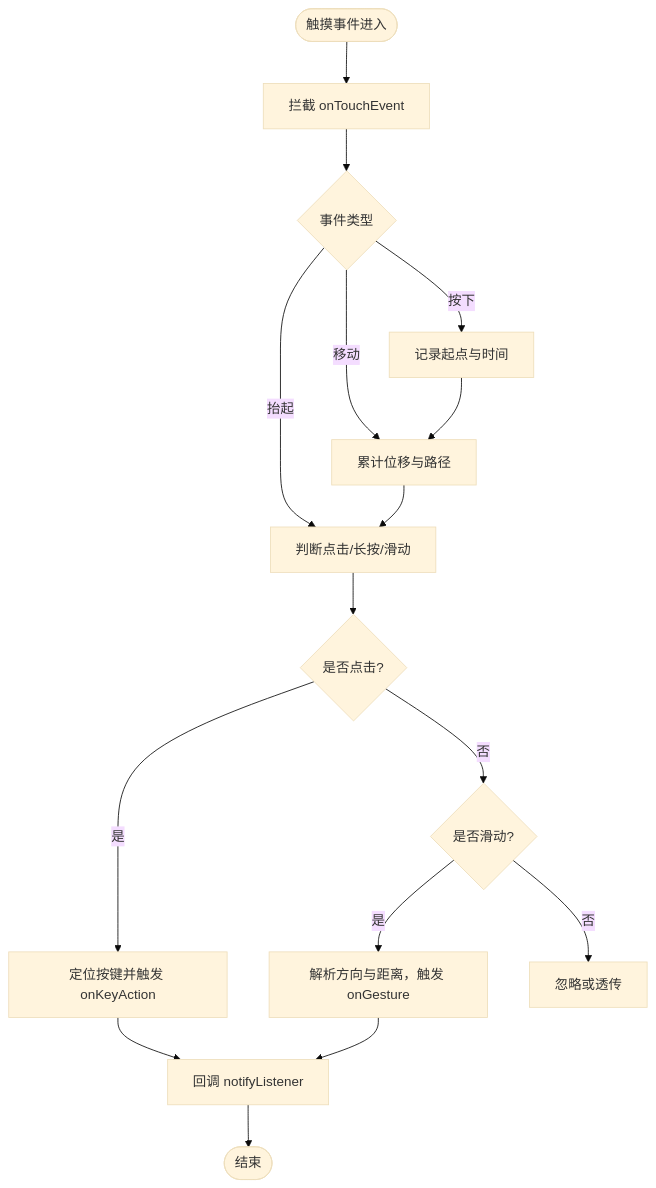
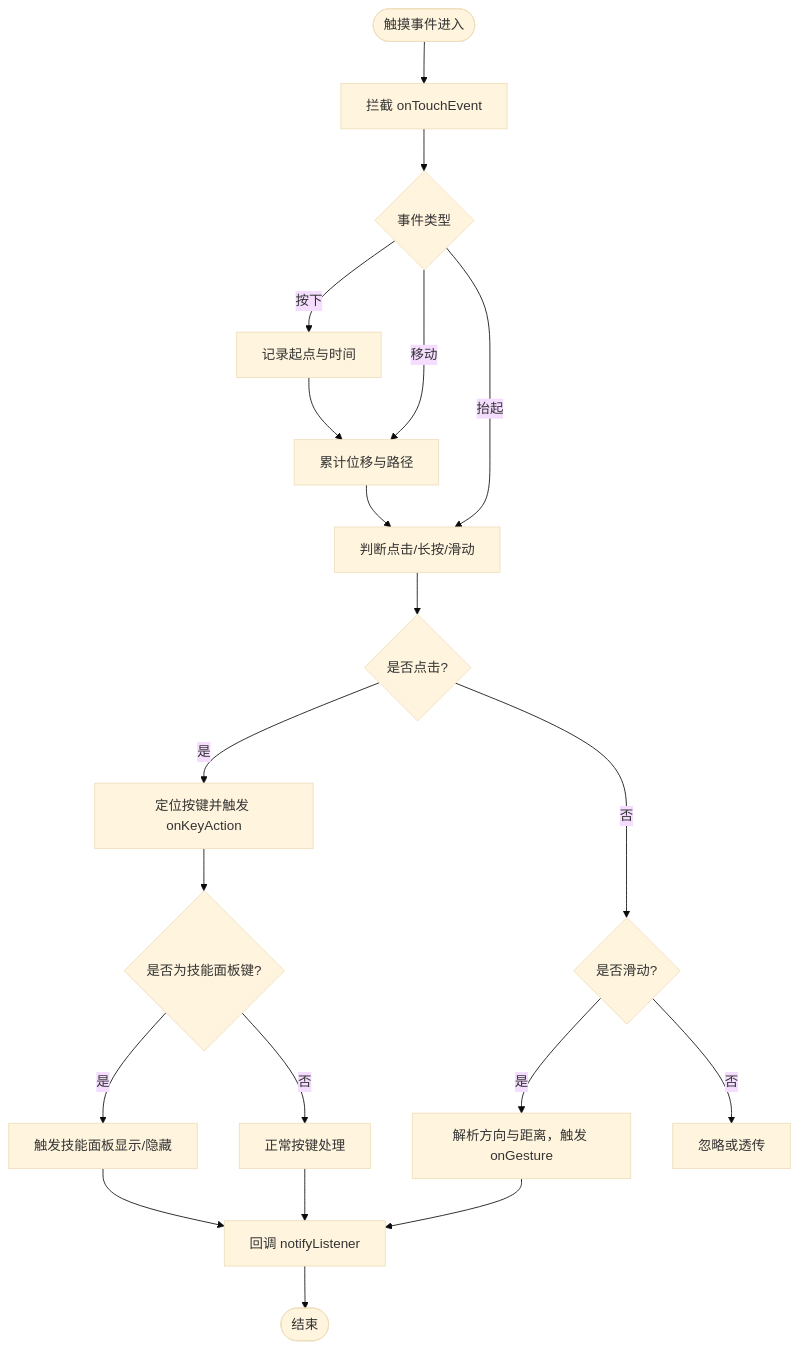
Before and after one commit to qiaodashaoye/ziyou-ime: the third of 10 diagrams in .qoder/repowiki/zh/content/键盘实现/键盘实现.md, drawn with Mermaid (base theme). The commit also changed other lines of this file and 28 other files, not shown here.

````diff
--- a/.qoder/repowiki/zh/content/键盘实现/键盘实现.md
+++ b/.qoder/repowiki/zh/content/键盘实现/键盘实现.md
@@ -184,18 +199,22 @@
 ```mermaid
 flowchart TD
 Start(["触摸事件进入"]) --> Intercept["拦截 onTouchEvent"]
 Intercept --> Type{"事件类型"}
 Type --> |按下| Down["记录起点与时间"]
 Type --> |移动| Move["累计位移与路径"]
 Type --> |抬起| Up["判断点击/长按/滑动"]
 Down --> Move
 Move --> Up
 Up --> Click{"是否点击?"}
 Click --> |是| HandleClick["定位按键并触发 onKeyAction"]
 Click --> |否| Swipe{"是否滑动?"}
 Swipe --> |是| HandleSwipe["解析方向与距离，触发 onGesture"]
 Swipe --> |否| Ignore["忽略或透传"]
-HandleClick --> Notify["回调 notifyListener"]
+HandleClick --> CheckSkill{"是否为技能面板键?"}
+CheckSkill --> |是| TriggerPanel["触发技能面板显示/隐藏"]
+CheckSkill --> |否| NormalAction["正常按键处理"]
+TriggerPanel --> Notify["回调 notifyListener"]
+NormalAction --> Notify
 HandleSwipe --> Notify
 Notify --> End(["结束"])
 ```
````
